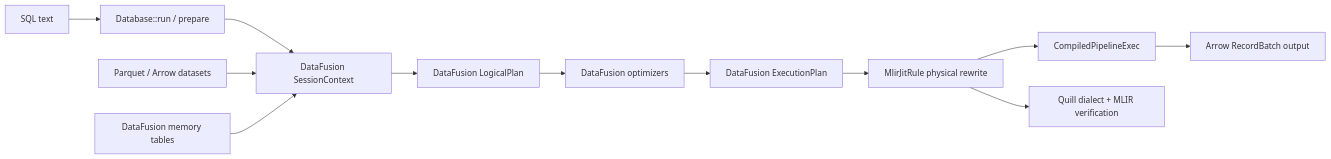
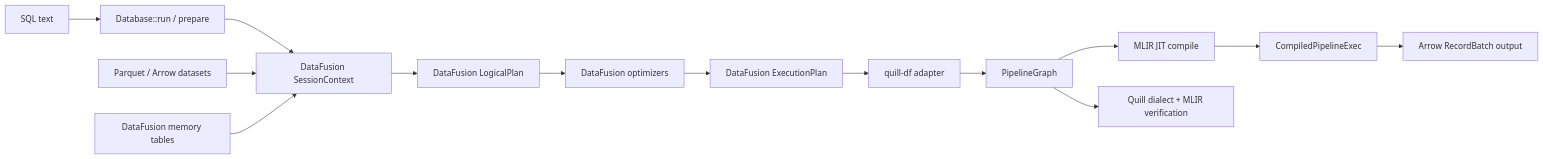
The diagram in docs/src/architecture.md (feichai0017/QuillSQL), drawn with Mermaid before and after one commit. The commit also changed other lines of this file and 46 other files, not shown here.

````diff
--- a/docs/src/architecture.md
+++ b/docs/src/architecture.md
@@ -10,15 +11,17 @@
 ```mermaid
 flowchart LR
     SQL["SQL text"] --> DB["Database::run / prepare"]
     DB --> DF["DataFusion SessionContext"]
     DF --> Logical["DataFusion LogicalPlan"]
     Logical --> Optimized["DataFusion optimizers"]
     Optimized --> Physical["DataFusion ExecutionPlan"]
-    Physical --> JITRule["MlirJitRule physical rewrite"]
+    Physical --> DFAdapter["quill-df adapter"]
+    DFAdapter --> Graph["PipelineGraph"]
+    Graph --> JITRule["MLIR JIT compile"]
     JITRule --> CompiledExec["CompiledPipelineExec"]
     CompiledExec --> Arrow["Arrow RecordBatch output"]
 
     Parquet["Parquet / Arrow datasets"] --> DF
     Memory["DataFusion memory tables"] --> DF
-    JITRule --> MLIR["Quill dialect + MLIR verification"]
+    Graph --> MLIR["Quill dialect + MLIR verification"]
 ```
````
